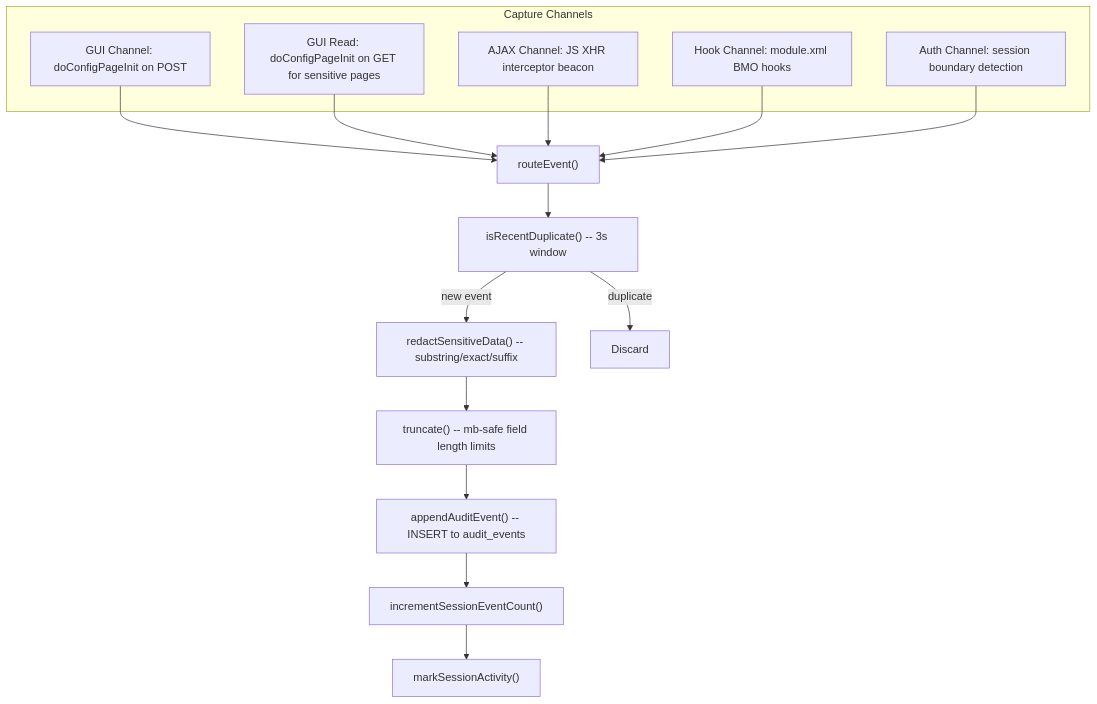
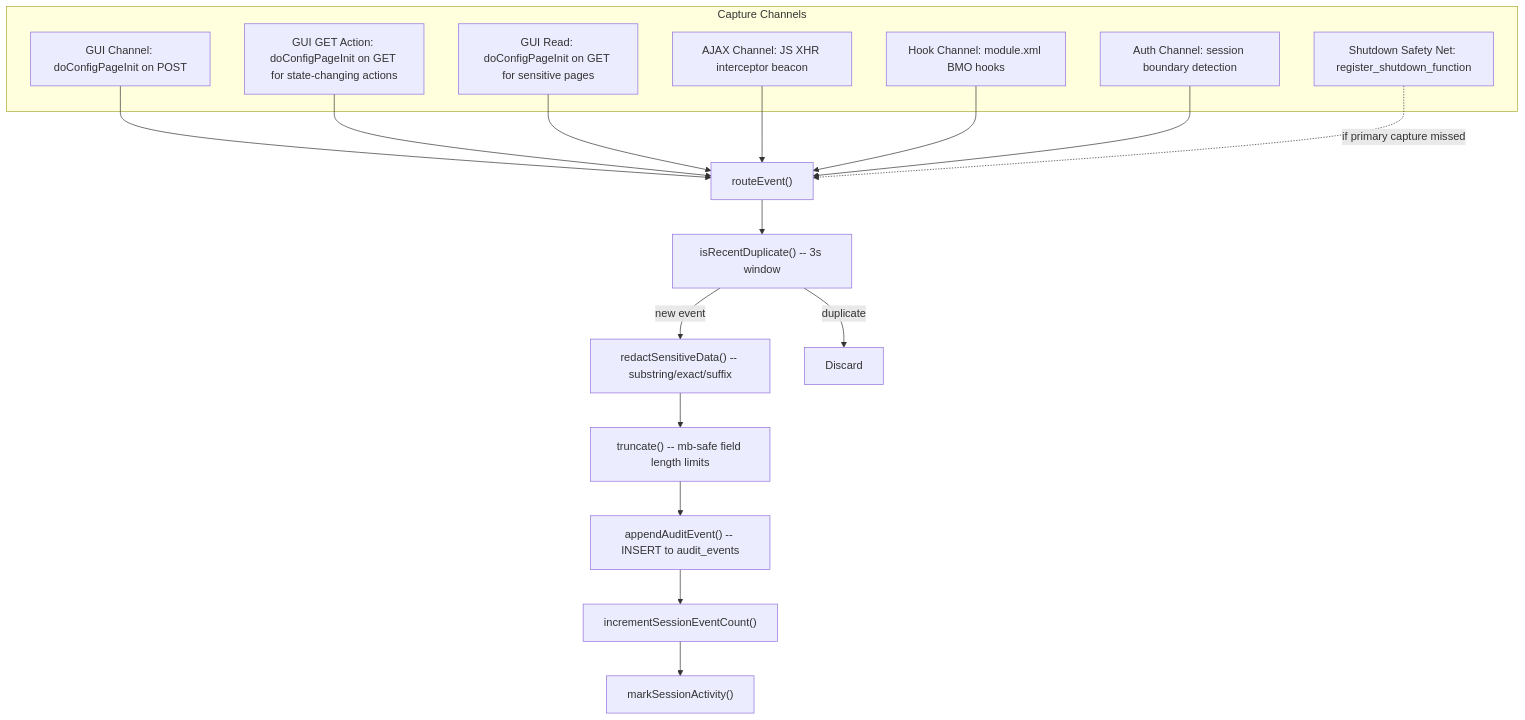
The third of 5 diagrams in docs/architecture.md (PhilipLykov/freepbx-audit), drawn with Mermaid before and after one commit. The commit also changed other lines of this file and 14 other files, not shown here.

````diff
--- a/docs/architecture.md
+++ b/docs/architecture.md
@@ -105,31 +112,35 @@
 ```mermaid
 flowchart TD
     subgraph channels ["Capture Channels"]
         GUI["GUI Channel: doConfigPageInit on POST"]
+        GUIGet["GUI GET Action: doConfigPageInit on GET for state-changing actions"]
         GUIRead["GUI Read: doConfigPageInit on GET for sensitive pages"]
         AJAX["AJAX Channel: JS XHR interceptor beacon"]
         HOOK["Hook Channel: module.xml BMO hooks"]
         AUTH["Auth Channel: session boundary detection"]
+        SHUTDOWN["Shutdown Safety Net: register_shutdown_function"]
     end
 
     RouteEvt["routeEvent()"]
     Dedup["isRecentDuplicate() -- 3s window"]
     Redact["redactSensitiveData() -- substring/exact/suffix"]
     Truncate["truncate() -- mb-safe field length limits"]
     Append["appendAuditEvent() -- INSERT to audit_events"]
     IncCount["incrementSessionEventCount()"]
     MarkActivity["markSessionActivity()"]
 
     GUI --> RouteEvt
+    GUIGet --> RouteEvt
     GUIRead --> RouteEvt
     AJAX --> RouteEvt
     HOOK --> RouteEvt
     AUTH --> RouteEvt
+    SHUTDOWN -.->|"if primary capture missed"| RouteEvt
     RouteEvt --> Dedup
     Dedup -->|new event| Redact
     Dedup -->|duplicate| Discard["Discard"]
     Redact --> Truncate
     Truncate --> Append
     Append --> IncCount
     IncCount --> MarkActivity
 ```
````
